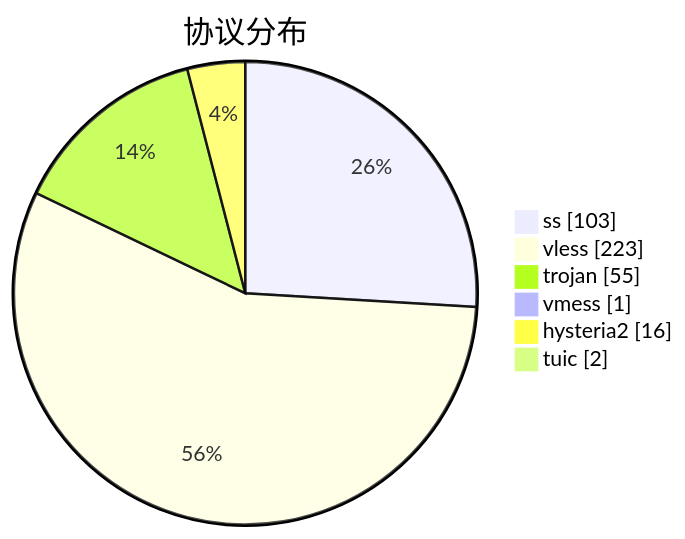
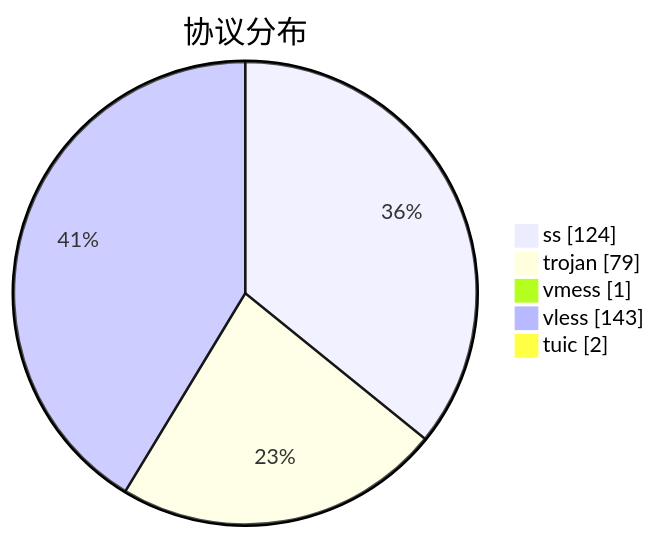
The third of 3 diagrams in subs/statistics/tested_within.md (qjlxg/airport), drawn with Mermaid before and after one commit. The commit also changed other lines of this file and 2 other files, not shown here.

````diff
--- a/subs/statistics/tested_within.md
+++ b/subs/statistics/tested_within.md
@@ -34,10 +31,9 @@
 ```mermaid
 pie showData
 title 协议分布
-"ss" : 103
-"vless" : 223
-"trojan" : 55
+"ss" : 124
+"trojan" : 79
 "vmess" : 1
-"hysteria2" : 16
+"vless" : 143
 "tuic" : 2
 ```
````
